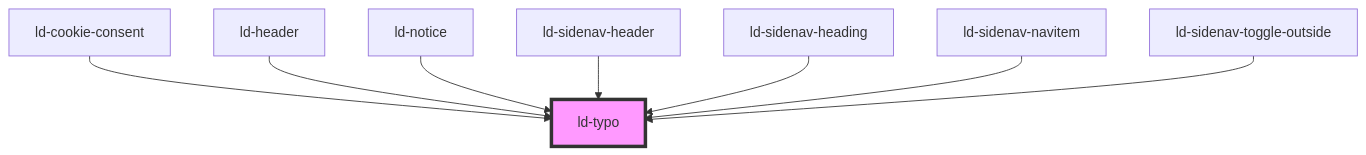
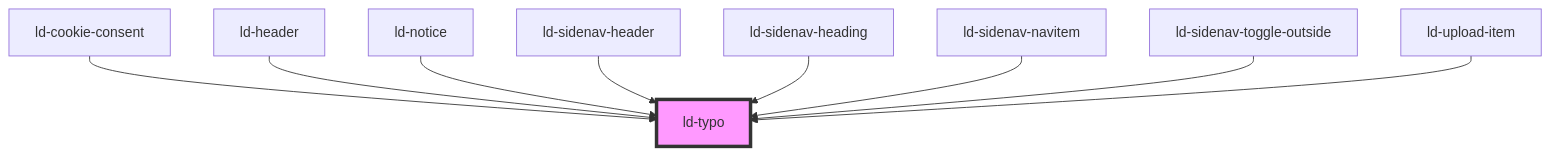
One commit to emdgroup-liquid/liquid changed the diagram in src/liquid/components/ld-typo/readme.md. Above: the diagram before and after it, drawn with Mermaid. The commit also changed other lines of this file and 17 other files, not shown here.

````diff
--- a/src/liquid/components/ld-typo/readme.md
+++ b/src/liquid/components/ld-typo/readme.md
@@ -596,11 +597,12 @@
 ```mermaid
 graph TD;
   ld-cookie-consent --> ld-typo
   ld-header --> ld-typo
   ld-notice --> ld-typo
   ld-sidenav-header --> ld-typo
   ld-sidenav-heading --> ld-typo
   ld-sidenav-navitem --> ld-typo
   ld-sidenav-toggle-outside --> ld-typo
+  ld-upload-item --> ld-typo
   style ld-typo fill:#f9f,stroke:#333,stroke-width:4px
 ```
````
